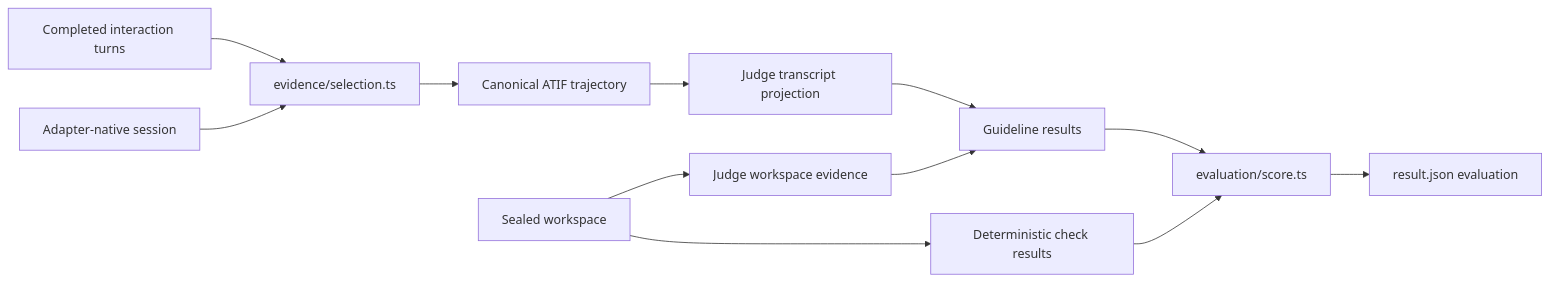
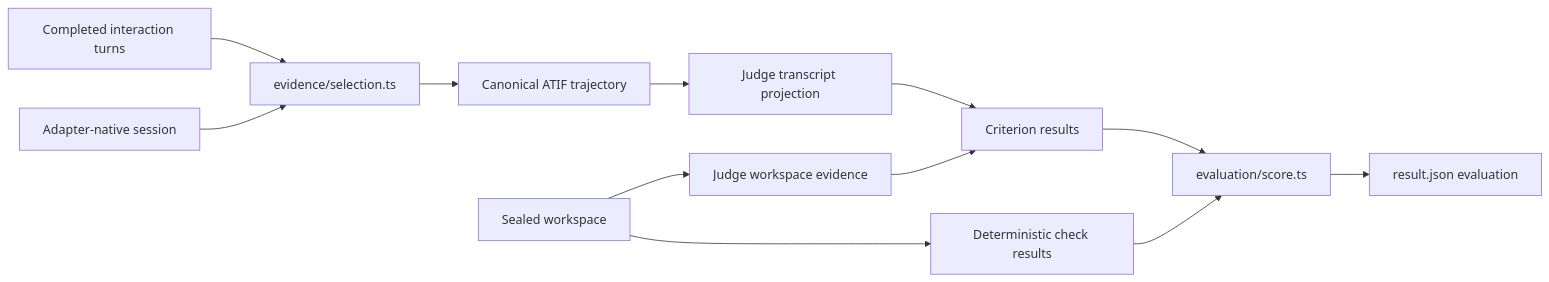
Before and after one commit to stripe/forge: the third of 3 diagrams in docs/codebase-guide.md, drawn with Mermaid. The commit also changed other lines of this file and 53 other files, not shown here.

````diff
--- a/docs/codebase-guide.md
+++ b/docs/codebase-guide.md
@@ -236,24 +236,24 @@
 ```mermaid
 flowchart LR
     T[Completed interaction turns]
     N[Adapter-native session]
     S[evidence/selection.ts]
     A[Canonical ATIF trajectory]
     W[Sealed workspace]
     JP[Judge transcript projection]
     JW[Judge workspace evidence]
-    G[Guideline results]
+    G[Criterion results]
     C[Deterministic check results]
     SC[evaluation/score.ts]
     R[result.json evaluation]
 
     T --> S
     N --> S
     S --> A
     A --> JP --> G
     W --> JW --> G
     W --> C
     G --> SC
     C --> SC
     SC --> R
 ```
````
